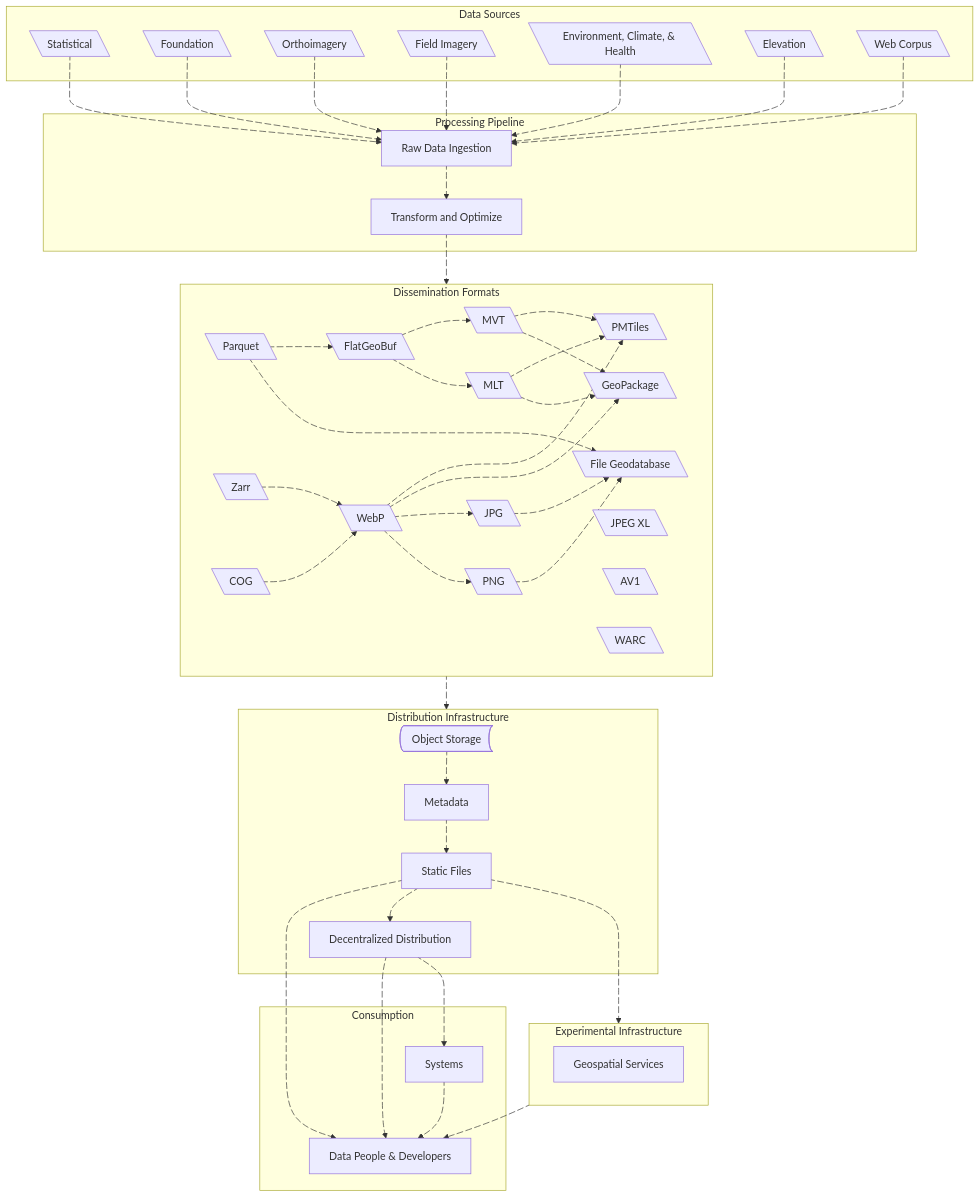
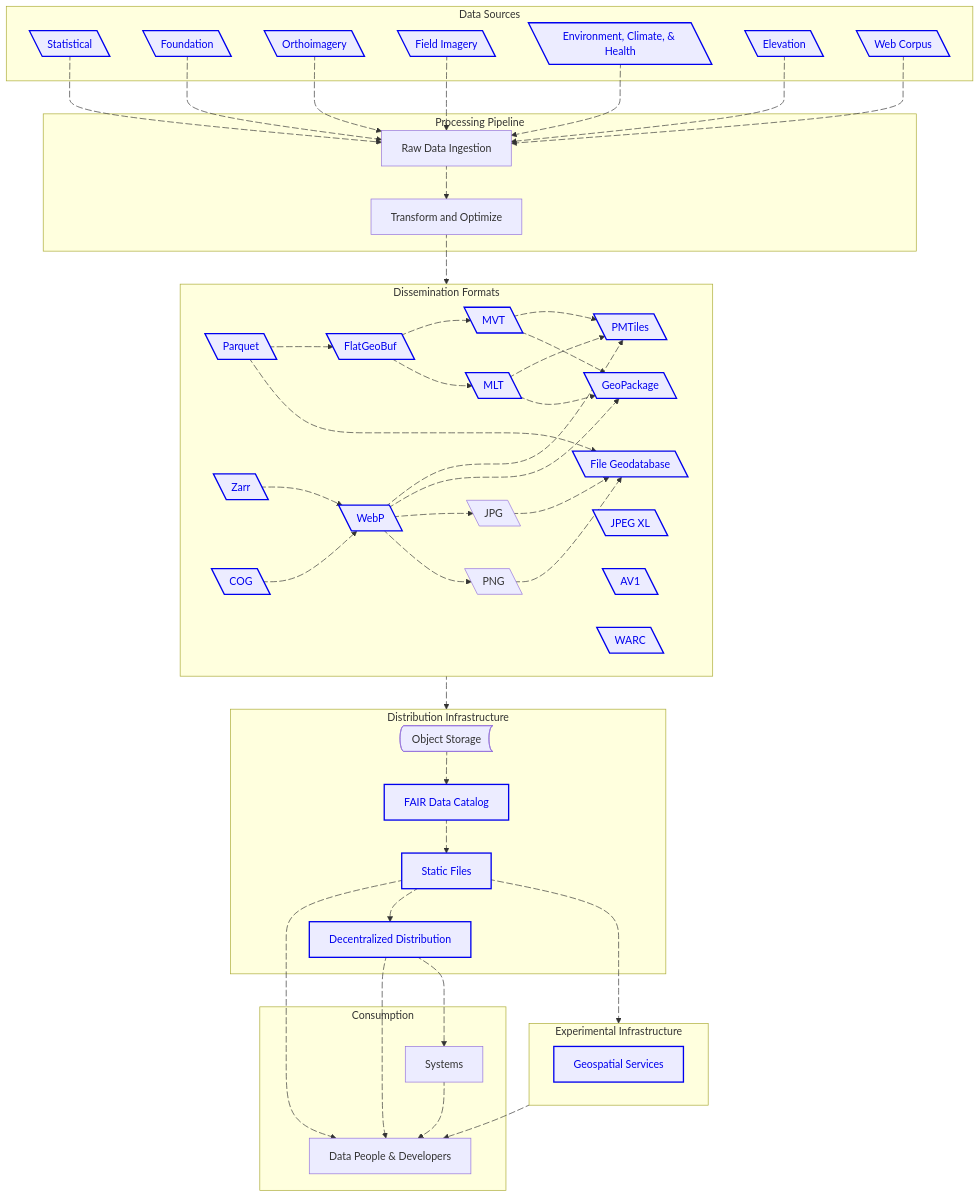
Before and after one commit to dataforcanada/www.dataforcanada.org: the diagram in content/_index.md, drawn with Mermaid.

Commit message:
Make the URLs in high-level overview more prominent, standardize terminology

````diff
--- a/content/_index.md
+++ b/content/_index.md
@@ -63,5 +63,6 @@
 ```mermaid
 flowchart TD
+    classDef linkNode stroke:#0000EE,color:#0000EE,stroke-width:2px;
     subgraph ds [Data Sources]
         Statistical@{ shape: lean-l}
         Foundation@{ shape: lean-l}
@@ -97,7 +98,7 @@
 
     subgraph di [Distribution Infrastructure]
         ObjectStorage@{ shape: bow-rect, label: "Object Storage"}
-        Metadata@{ shape: rect}
+        Metadata@{ shape: rect, label: "FAIR Data Catalog"}
         HTTP@{ shape: rect, label: "Static Files"}
         DecentralizedDistribution@{ shape: rect, label: "Decentralized Distribution"}
     end
@@ -211,6 +212,7 @@
     click JPEGXL "https://jpeg.org/jpegxl/" _blank
     click AV1 "https://aomedia.org/specifications/av1/" _blank
     click WARC "https://github.com/iipc/warc-specifications/" _blank
+    click HTTP "https://www.dataforcanada.org/docs/getting_started/" _blank
     click DecentralizedDistribution "https://www.dataforcanada.org/docs/dissemination/" _blank
     click Metadata "https://stac-utils.github.io/stac-geoparquet/latest/spec/stac-geoparquet-spec/" _blank
     click GeoSpatialServices "https://github.com/dataforcanada/geo-services-labs/" _blank
@@ -220,4 +222,9 @@
     click BBOXServer "https://www.bbox.earth/" _blank
     click Panoramax "https://gitlab.com/panoramax" _blank
     click Pelias "https://pelias.io" _blank
+
+    %% APPLY STYLES TO LINKED NODES
+    class Foundation,Statistical,Orthoimagery,FieldImagery,EnvironmentClimate,Elevation,WebCorpus linkNode
+    class Parquet,FlatGeoBuf,GeoPackage,FileGeodatabase,MVT,MLT,COG,Zarr,WebP,PMTiles,JPEGXL,AV1,WARC linkNode
+    class DecentralizedDistribution,HTTP,Metadata,GeoSpatialServices linkNode
 ```
````
